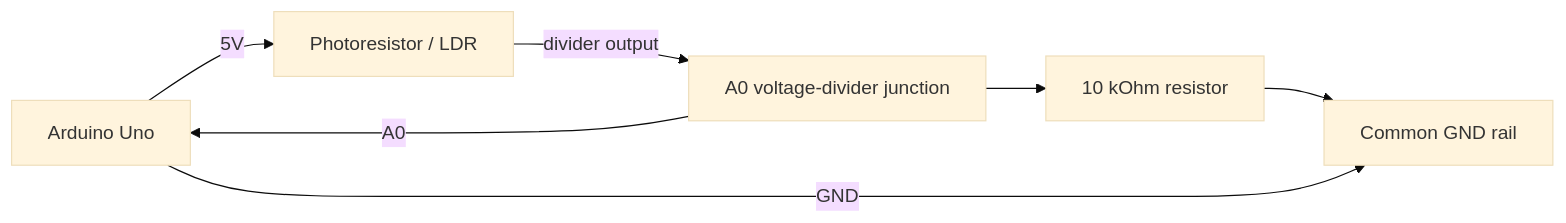
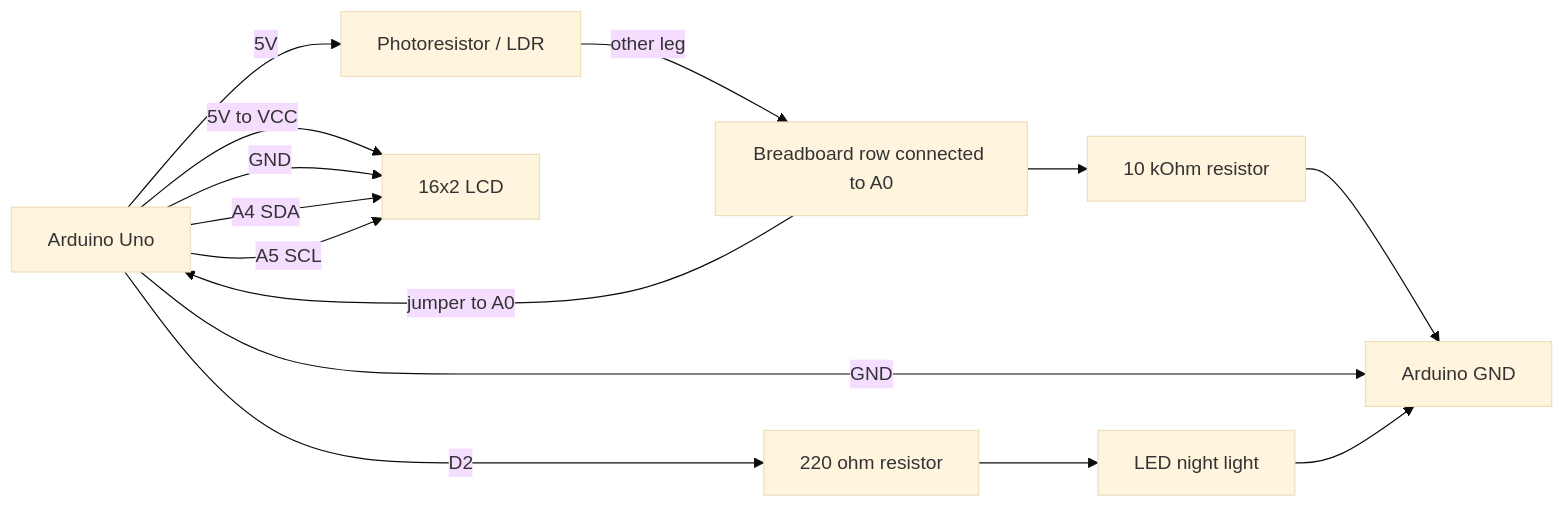
One commit to Danncode10/Automatic-Night-Lights changed the first of 2 diagrams in docs/connections.md. Above: the diagram before and after it, drawn with Mermaid (base theme). The commit also changed other lines of this file and 3 other files, not shown here.

Commit message:
Enhance project documentation and Arduino sketch to include LED and LCD functionality for automatic night-light status display

````diff
--- a/docs/connections.md
+++ b/docs/connections.md
@@ -27,15 +40,23 @@
 ```mermaid
 flowchart LR
     Arduino["Arduino Uno"]
     Photoresistor["Photoresistor / LDR"]
-    Junction["A0 voltage-divider junction"]
+    A0Row["Breadboard row connected to A0"]
     Resistor["10 kOhm resistor"]
-    Ground["Common GND rail"]
+    LCD["16x2 LCD"]
+    LedResistor["220 ohm resistor"]
+    LED["LED night light"]
+    Ground["Arduino GND"]
 
     Arduino -- "5V" --> Photoresistor
-    Photoresistor -- "divider output" --> Junction
-    Junction -- "A0" --> Arduino
-    Junction --> Resistor
+    Photoresistor -- "other leg" --> A0Row
+    A0Row -- "jumper to A0" --> Arduino
+    A0Row --> Resistor
     Resistor --> Ground
     Arduino -- "GND" --> Ground
+    Arduino -- "5V to VCC" --> LCD
+    Arduino -- "GND" --> LCD
+    Arduino -- "A4 SDA" --> LCD
+    Arduino -- "A5 SCL" --> LCD
+    Arduino -- "D2" --> LedResistor --> LED --> Ground
 ```
````
